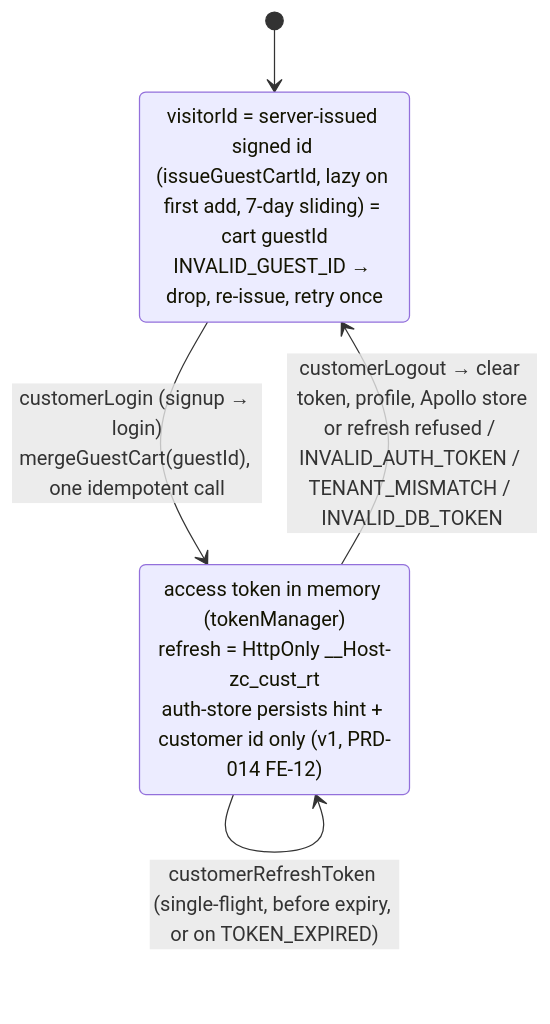
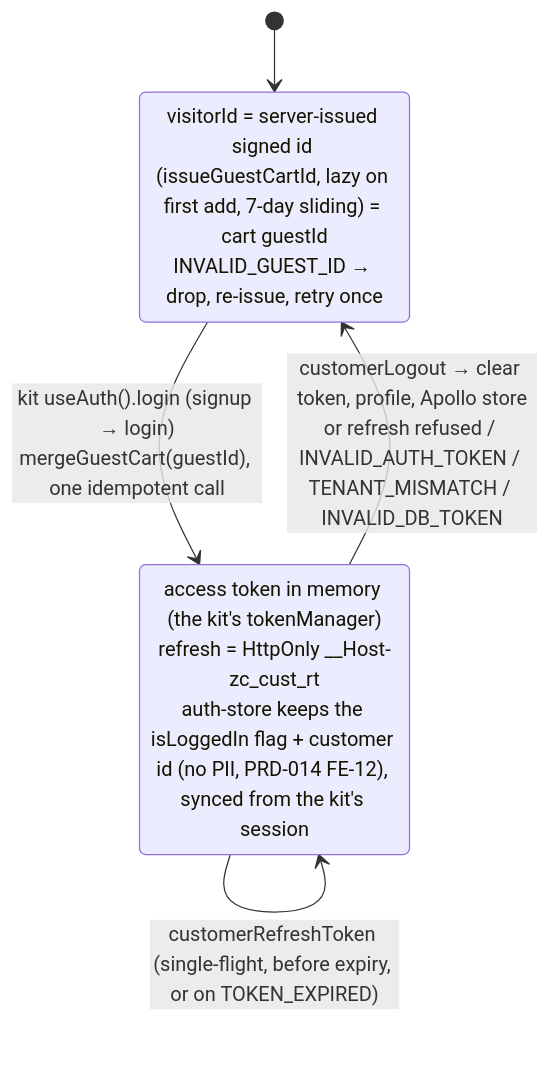
Before and after one commit to Zerror-Studios/deveshe: the fourth of 6 diagrams in docs/architecture/solution-architecture.md, drawn with Mermaid. The commit also changed other lines of this file and 61 other files, not shown here.

First line of the commit message:
feat(storefront): move Deveshe Dreams onto @zcom/storefront-kit v1.0.2 (kit PRD-002 step 5)

````diff
--- a/docs/architecture/solution-architecture.md
+++ b/docs/architecture/solution-architecture.md
@@ -86,9 +86,9 @@
 ```mermaid
 stateDiagram-v2
     [*] --> Guest
     Guest: visitorId = server-issued signed id (issueGuestCartId, lazy on first add, 7-day sliding) = cart guestId<br/>INVALID_GUEST_ID → drop, re-issue, retry once
-    Guest --> Authenticated: customerLogin (signup → login)<br/>mergeGuestCart(guestId), one idempotent call
-    Authenticated: access token in memory (tokenManager)<br/>refresh = HttpOnly __Host-zc_cust_rt<br/>auth-store persists hint + customer id only (v1, PRD-014 FE-12)
+    Guest --> Authenticated: kit useAuth().login (signup → login)<br/>mergeGuestCart(guestId), one idempotent call
+    Authenticated: access token in memory (the kit's tokenManager)<br/>refresh = HttpOnly __Host-zc_cust_rt<br/>auth-store keeps the isLoggedIn flag + customer id (no PII, PRD-014 FE-12), synced from the kit's session
     Authenticated --> Authenticated: customerRefreshToken (single-flight, before expiry, or on TOKEN_EXPIRED)
     Authenticated --> Guest: customerLogout → clear token, profile, Apollo store<br/>or refresh refused / INVALID_AUTH_TOKEN / TENANT_MISMATCH / INVALID_DB_TOKEN
 ```
````
